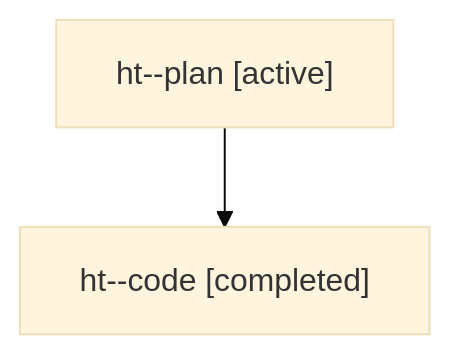
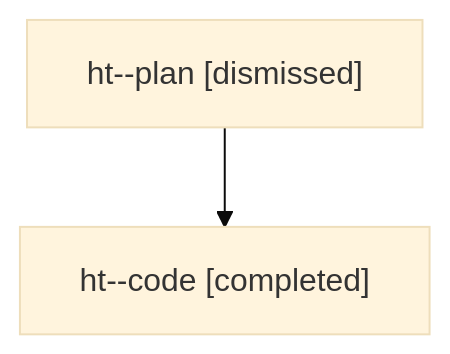
One commit to sase-org/sase--agents changed the diagram in sessions/bbugyi200.athena.ht.md. Above: the diagram before and after it, drawn with Mermaid (base theme). The commit also changed other lines of this file and 39 other files, not shown here.

````diff
--- a/sessions/bbugyi200.athena.ht.md
+++ b/sessions/bbugyi200.athena.ht.md
@@ -9,6 +9,6 @@
 ```mermaid
 flowchart TD
-  n0["ht--plan [active]"]
+  n0["ht--plan [dismissed]"]
   n1["ht--code [completed]"]
   n0 --> n1
 ```
````
